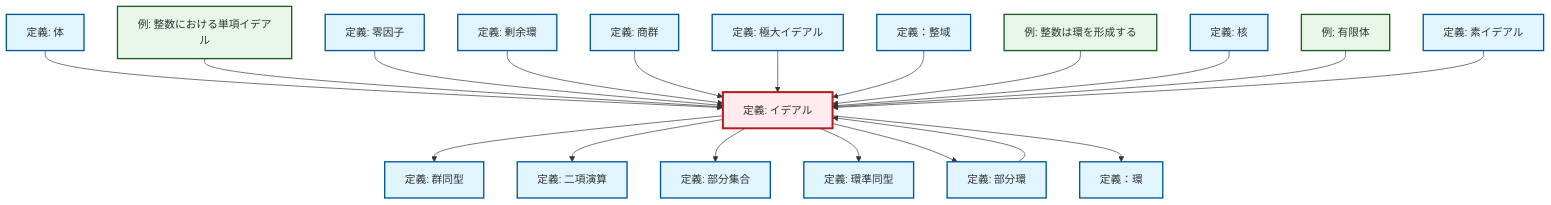
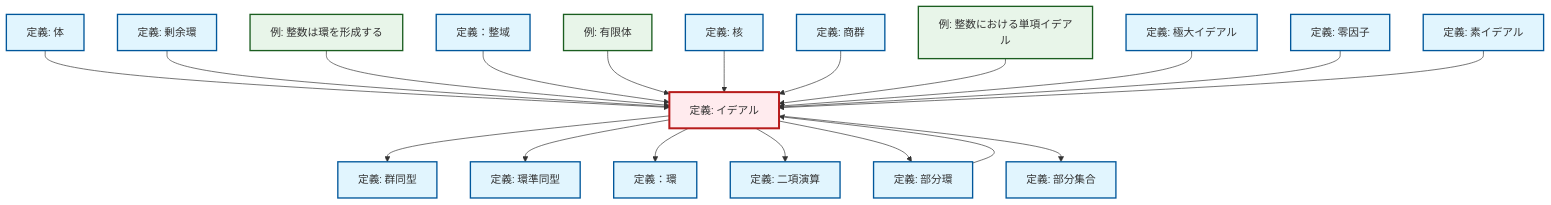
One commit to RK0429/ModernMath changed the diagram in content/ja/algebra/def-ideal.qmd. Above: the diagram before and after it, drawn with Mermaid. The commit also changed other lines of this file and 1012 other files, not shown here.

````diff
--- a/content/ja/algebra/def-ideal.qmd
+++ b/content/ja/algebra/def-ideal.qmd
@@ -84,63 +84,63 @@
 ```{mermaid}
 %%| fig-cap: "Local dependency graph"
 graph TD
     classDef definition fill:#e1f5fe,stroke:#01579b,stroke-width:2px
     classDef theorem fill:#f3e5f5,stroke:#4a148c,stroke-width:2px
     classDef axiom fill:#fff3e0,stroke:#e65100,stroke-width:2px
     classDef example fill:#e8f5e9,stroke:#1b5e20,stroke-width:2px
     classDef current fill:#ffebee,stroke:#b71c1c,stroke-width:3px
-    def-zero-divisor["定義: 零因子"]:::definition
     ex-integers-ring["例: 整数は環を形成する"]:::example
-    def-prime-ideal["定義: 素イデアル"]:::definition
-    def-ideal["定義: イデアル"]:::definition
-    def-maximal-ideal["定義: 極大イデアル"]:::definition
     def-kernel["定義: 核"]:::definition
-    def-binary-operation["定義: 二項演算"]:::definition
-    def-isomorphism["定義: 群同型"]:::definition
-    def-quotient-ring["定義: 剰余環"]:::definition
     def-field["定義: 体"]:::definition
     def-ring-homomorphism["定義: 環準同型"]:::definition
     def-ring["定義：環"]:::definition
+    def-subring["定義: 部分環"]:::definition
+    def-isomorphism["定義: 群同型"]:::definition
+    def-binary-operation["定義: 二項演算"]:::definition
+    def-subset["定義: 部分集合"]:::definition
+    def-maximal-ideal["定義: 極大イデアル"]:::definition
     ex-principal-ideal["例: 整数における単項イデアル"]:::example
+    ex-finite-field["例: 有限体"]:::example
+    def-prime-ideal["定義: 素イデアル"]:::definition
+    def-quotient-group["定義: 商群"]:::definition
+    def-quotient-ring["定義: 剰余環"]:::definition
     def-integral-domain["定義：整域"]:::definition
-    def-subset["定義: 部分集合"]:::definition
-    def-quotient-group["定義: 商群"]:::definition
-    def-subring["定義: 部分環"]:::definition
-    ex-finite-field["例: 有限体"]:::example
+    def-ideal["定義: イデアル"]:::definition
+    def-zero-divisor["定義: 零因子"]:::definition
     def-field --> def-ideal
+    def-quotient-ring --> def-ideal
+    ex-integers-ring --> def-ideal
     def-ideal --> def-isomorphism
+    def-integral-domain --> def-ideal
+    def-ideal --> def-ring-homomorphism
+    ex-finite-field --> def-ideal
+    def-kernel --> def-ideal
+    def-subring --> def-ideal
+    def-ideal --> def-ring
+    def-quotient-group --> def-ideal
+    ex-principal-ideal --> def-ideal
     def-ideal --> def-binary-operation
+    def-maximal-ideal --> def-ideal
+    def-zero-divisor --> def-ideal
+    def-ideal --> def-subring
     def-ideal --> def-subset
-    ex-principal-ideal --> def-ideal
-    def-zero-divisor --> def-ideal
-    def-quotient-ring --> def-ideal
-    def-quotient-group --> def-ideal
-    def-ideal --> def-ring-homomorphism
-    def-maximal-ideal --> def-ideal
-    def-integral-domain --> def-ideal
-    ex-integers-ring --> def-ideal
-    def-subring --> def-ideal
-    def-kernel --> def-ideal
-    def-ideal --> def-subring
-    ex-finite-field --> def-ideal
-    def-ideal --> def-ring
     def-prime-ideal --> def-ideal
     class def-ideal current
-    click def-zero-divisor "def-zero-divisor.html" "零因子の定義へ"
     click ex-integers-ring "ex-integers-ring.html" "整数は環を形成するの例へ"
-    click def-prime-ideal "def-prime-ideal.html" "素イデアルの定義へ"
-    click def-maximal-ideal "def-maximal-ideal.html" "極大イデアルの定義へ"
     click def-kernel "def-kernel.html" "核の定義へ"
-    click def-binary-operation "def-binary-operation.html" "二項演算の定義へ"
-    click def-isomorphism "def-isomorphism.html" "群同型の定義へ"
-    click def-quotient-ring "def-quotient-ring.html" "剰余環の定義へ"
     click def-field "def-field.html" "体の定義へ"
     click def-ring-homomorphism "def-ring-homomorphism.html" "環準同型の定義へ"
     click def-ring "def-ring.html" "定義：環へ"
+    click def-subring "def-subring.html" "部分環の定義へ"
+    click def-isomorphism "def-isomorphism.html" "群同型の定義へ"
+    click def-binary-operation "def-binary-operation.html" "二項演算の定義へ"
+    click def-subset "def-subset.html" "部分集合の定義へ"
+    click def-maximal-ideal "def-maximal-ideal.html" "極大イデアルの定義へ"
     click ex-principal-ideal "ex-principal-ideal.html" "整数における単項イデアルの例へ"
+    click ex-finite-field "ex-finite-field.html" "有限体の例へ"
+    click def-prime-ideal "def-prime-ideal.html" "素イデアルの定義へ"
+    click def-quotient-group "def-quotient-group.html" "商群の定義へ"
+    click def-quotient-ring "def-quotient-ring.html" "剰余環の定義へ"
     click def-integral-domain "def-integral-domain.html" "定義：整域へ"
-    click def-subset "def-subset.html" "部分集合の定義へ"
-    click def-quotient-group "def-quotient-group.html" "商群の定義へ"
-    click def-subring "def-subring.html" "部分環の定義へ"
-    click ex-finite-field "ex-finite-field.html" "有限体の例へ"
+    click def-zero-divisor "def-zero-divisor.html" "零因子の定義へ"
 ```
````
